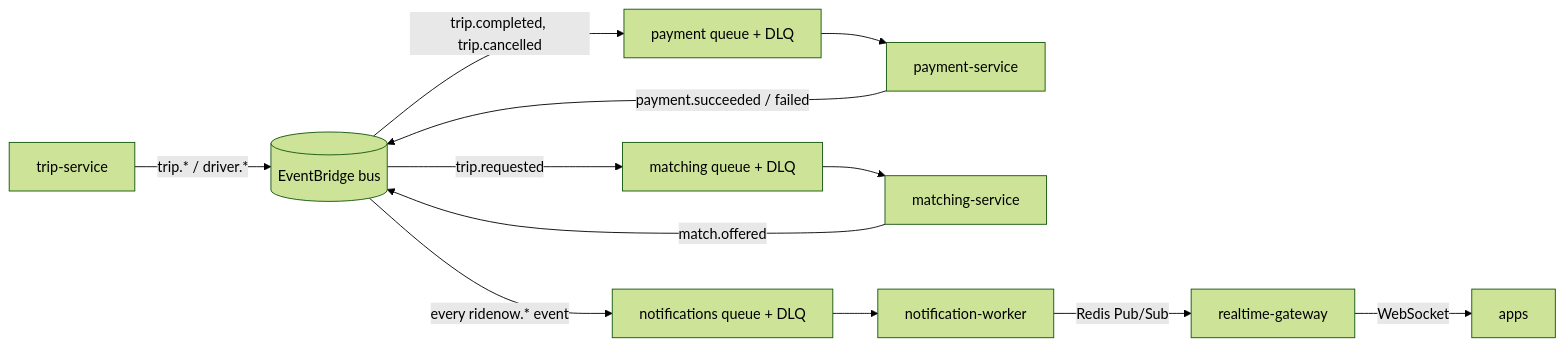
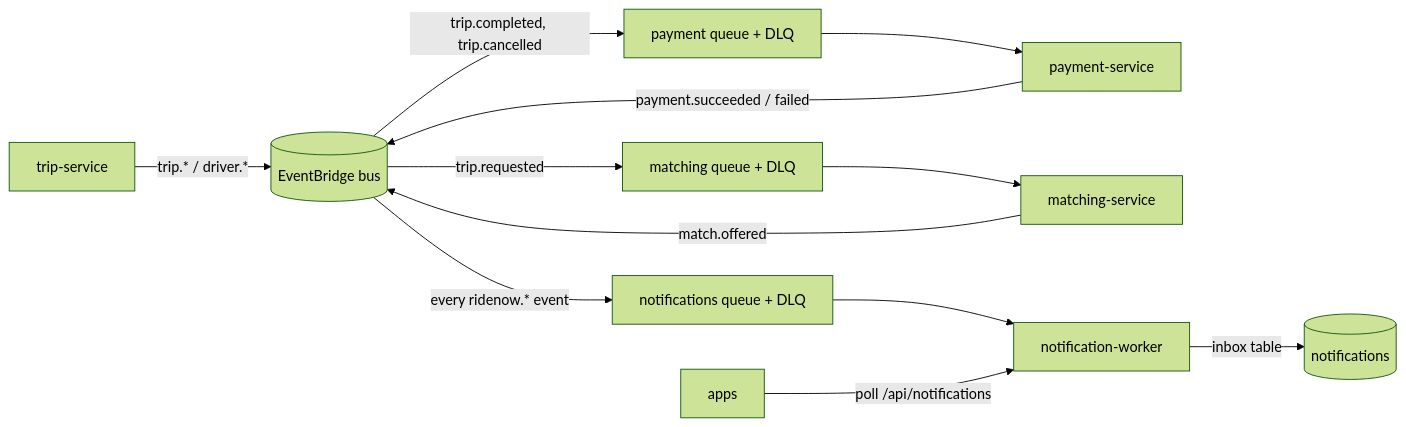
One commit to alixblu/RideNow changed the diagram in docs/ARCHITECTURE.md. Above: the diagram before and after it, drawn with Mermaid (forest theme). The commit also changed other lines of this file and 157 other files, not shown here.

First line of the commit message:
feat(realtime,driver,notification): refactor event streaming architecture and simplify gateway implementation

````diff
--- a/docs/ARCHITECTURE.md
+++ b/docs/ARCHITECTURE.md
@@ -104,11 +104,11 @@
 ```mermaid
 flowchart LR
   T[trip-service] -->|trip.* / driver.*| EB[(EventBridge bus)]
   P[payment-service] -->|payment.succeeded / failed| EB
   M[matching-service] -->|match.offered| EB
   EB -->|trip.requested| QM[matching queue + DLQ] --> M
   EB -->|trip.completed, trip.cancelled| QP[payment queue + DLQ] --> P
   EB -->|every ridenow.* event| QN[notifications queue + DLQ] --> N[notification-worker]
-  N -->|Redis Pub/Sub| G[realtime-gateway]
-  G -->|WebSocket| A[apps]
+  N -->|inbox table| I[(notifications)]
+  A[apps] -->|poll /api/notifications| N
 ```
````
